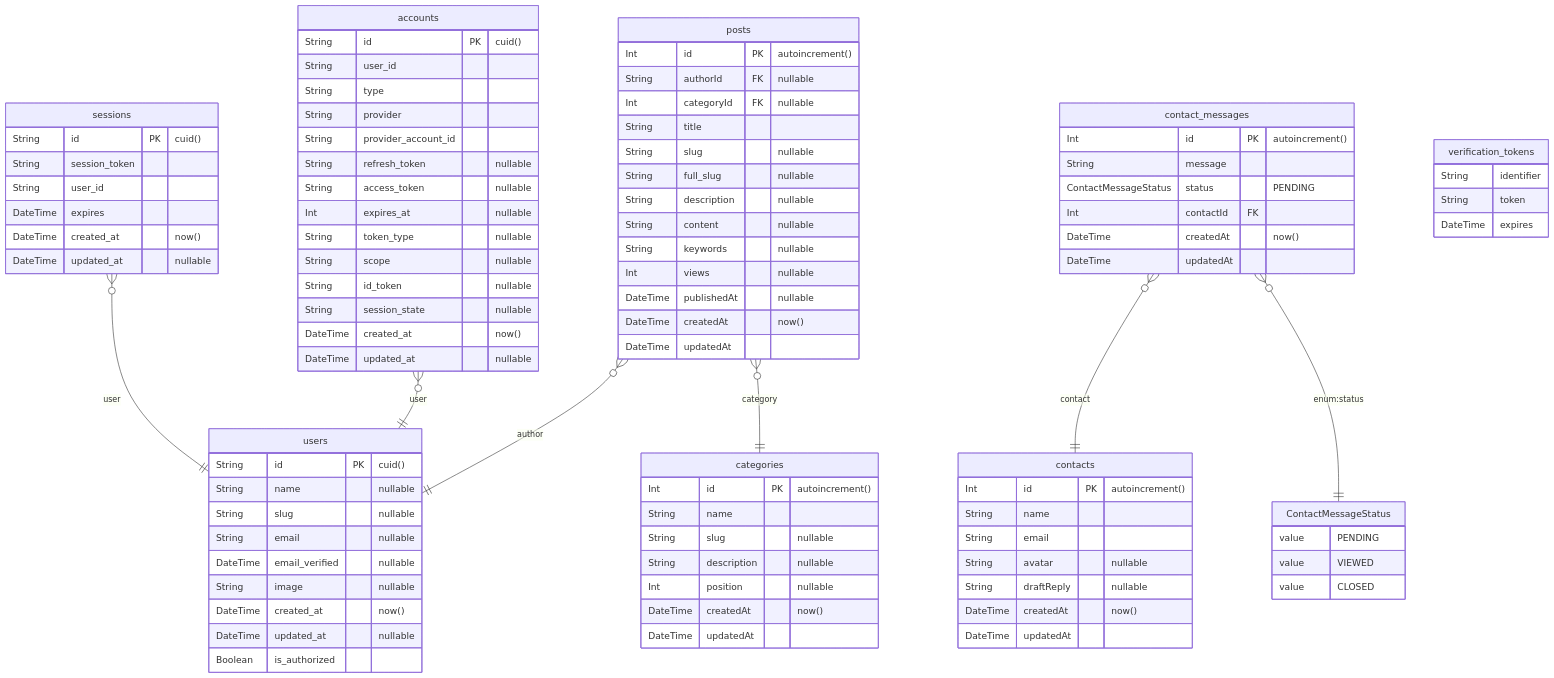
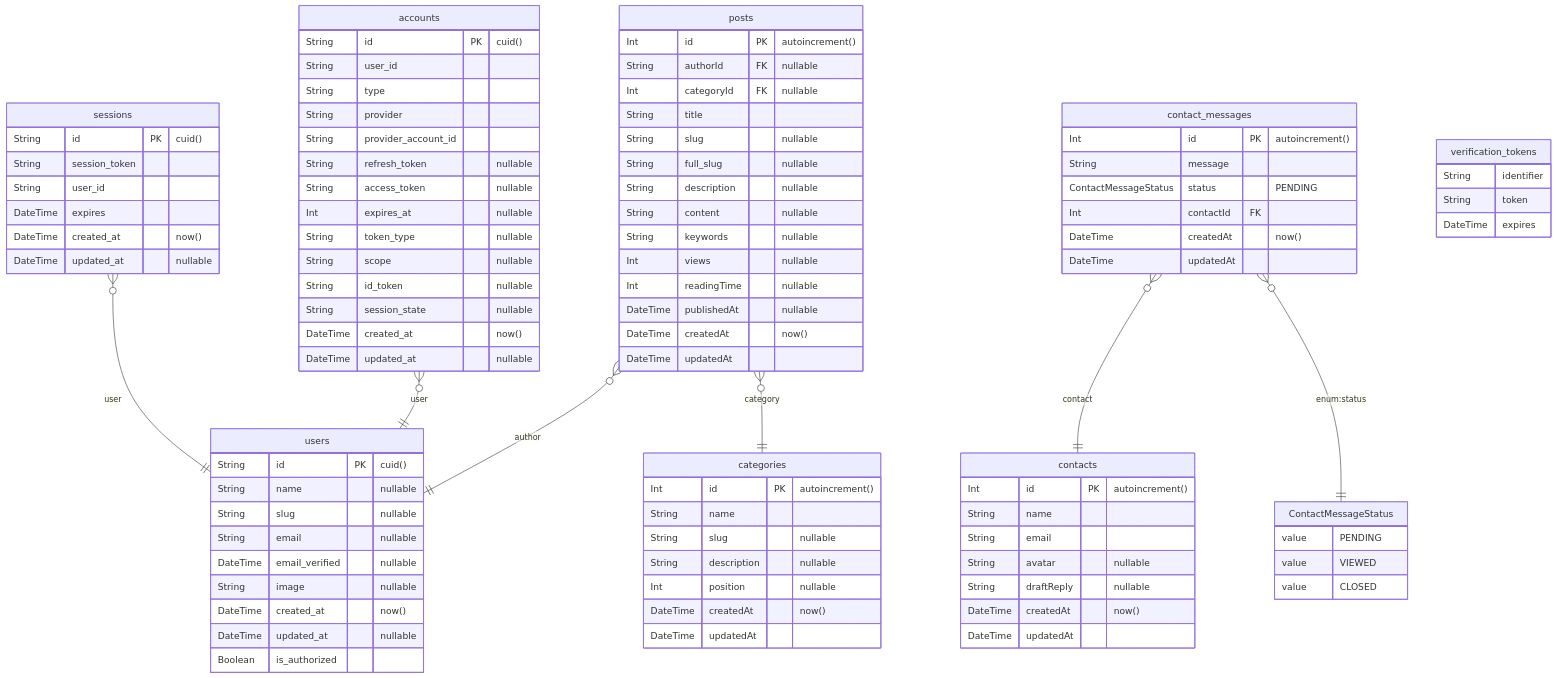
One commit to boleknowak/piotrdoniak.com changed the diagram in prisma/ERD.md. Above: the diagram before and after it, drawn with Mermaid. The commit also changed 9 other files, not shown here.

Commit message:
:tada: added readingTime to post schema

```diff
--- a/prisma/ERD.md
+++ b/prisma/ERD.md
@@ -16,6 +16,7 @@
 		String content  "nullable"
 		String keywords  "nullable"
 		Int views  "nullable"
+		Int readingTime  "nullable"
 		DateTime publishedAt  "nullable"
 		DateTime createdAt  "now()"
 		DateTime updatedAt
```
